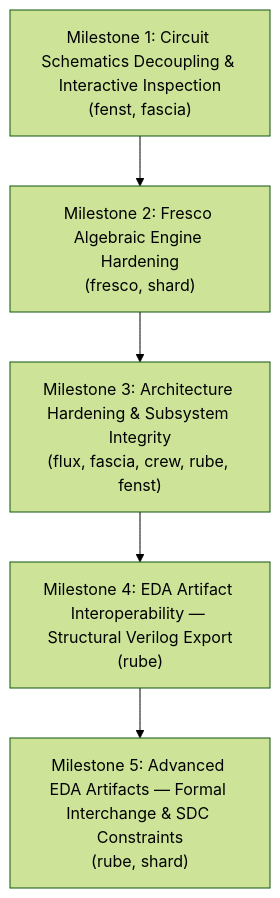
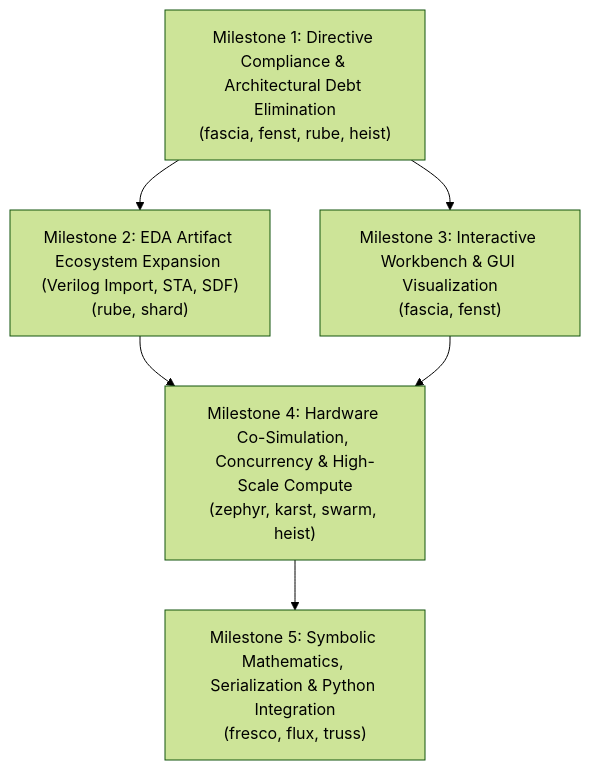
Before and after one commit to jswarup/Trellis: the diagram in wiki/plans/master-engineering-plan.md, drawn with Mermaid (forest theme). The commit also changed other lines of this file and 2 other files, not shown here.

````diff
--- a/wiki/plans/master-engineering-plan.md
+++ b/wiki/plans/master-engineering-plan.md
@@ -54,7 +58,8 @@
 ```mermaid
 flowchart TD
-    M1["Milestone 1: Circuit Schematics Decoupling & Interactive Inspection\n(fenst, fascia)"] --> M2["Milestone 2: Fresco Algebraic Engine Hardening\n(fresco, shard)"]
-    M2 --> M3["Milestone 3: Architecture Hardening & Subsystem Integrity\n(flux, fascia, crew, rube, fenst)"]
-    M3 --> M4["Milestone 4: EDA Artifact Interoperability — Structural Verilog Export\n(rube)"]
-    M4 --> M5["Milestone 5: Advanced EDA Artifacts — Formal Interchange & SDC Constraints\n(rube, shard)"]
+    M1["Milestone 1: Directive Compliance & Architectural Debt Elimination\n(fascia, fenst, rube, heist)"] --> M2["Milestone 2: EDA Artifact Ecosystem Expansion (Verilog Import, STA, SDF)\n(rube, shard)"]
+    M1 --> M3["Milestone 3: Interactive Workbench & GUI Visualization\n(fascia, fenst)"]
+    M2 --> M4["Milestone 4: Hardware Co-Simulation, Concurrency & High-Scale Compute\n(zephyr, karst, swarm, heist)"]
+    M3 --> M4
+    M4 --> M5["Milestone 5: Symbolic Mathematics, Serialization & Python Integration\n(fresco, flux, truss)"]
 ```
````
